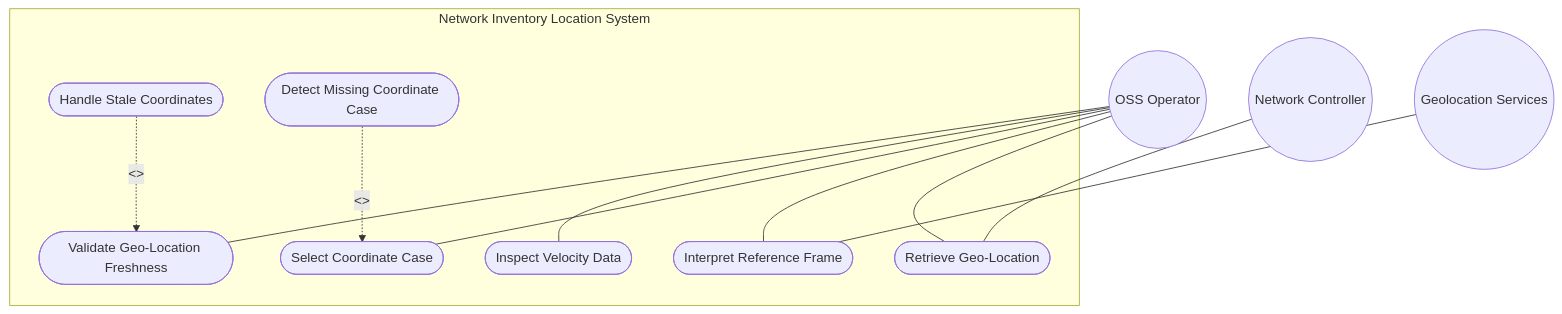
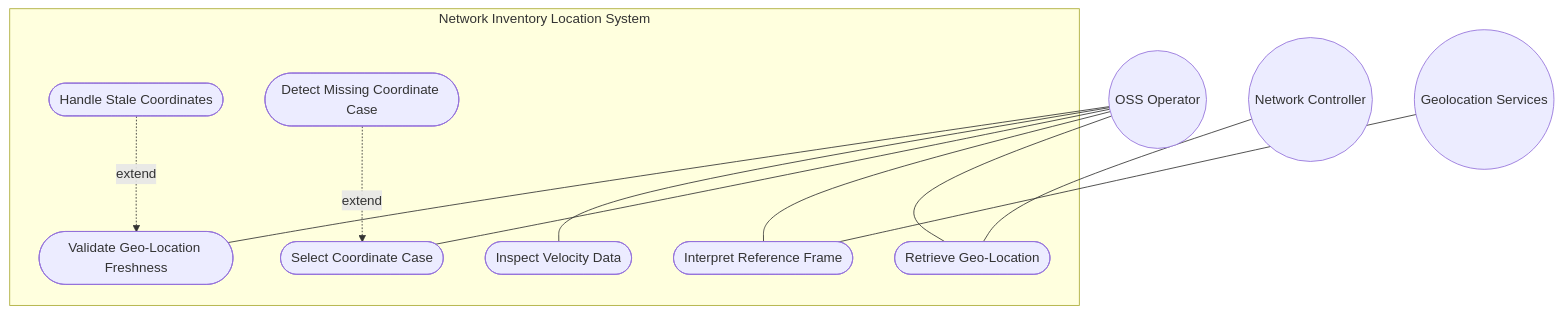
The first of 2 diagrams in docs/use-cases/uc-04-geo-location-container.md (gintatkinson/3dgs-030), drawn with Mermaid before and after one commit. The commit also changed 17 other files, not shown here.

Commit message:
docs: fix Mermaid UML rendering in all 18 use cases -- remove <<include>>/<<extend>> angle brackets causing GitHub renderer failure

````diff
--- a/docs/use-cases/uc-04-geo-location-container.md
+++ b/docs/use-cases/uc-04-geo-location-container.md
@@ -128,21 +128,21 @@
 ```mermaid
 graph TD
     subgraph "Network Inventory Location System"
         UC1([Retrieve Geo-Location])
         UC2([Interpret Reference Frame])
         UC3([Select Coordinate Case])
         UC4([Inspect Velocity Data])
         UC5([Validate Geo-Location Freshness])
         UC6([Handle Stale Coordinates])
         UC7([Detect Missing Coordinate Case])
     end
     OSS((OSS Operator)) --- UC1
     OSS --- UC2
     OSS --- UC3
     OSS --- UC4
     OSS --- UC5
-    UC6 -. "<<extend>>" .-> UC5
-    UC7 -. "<<extend>>" .-> UC3
+    UC6 -. "extend" .-> UC5
+    UC7 -. "extend" .-> UC3
     NC((Network Controller)) --- UC1
     GS((Geolocation Services)) --- UC2
 ```
````
